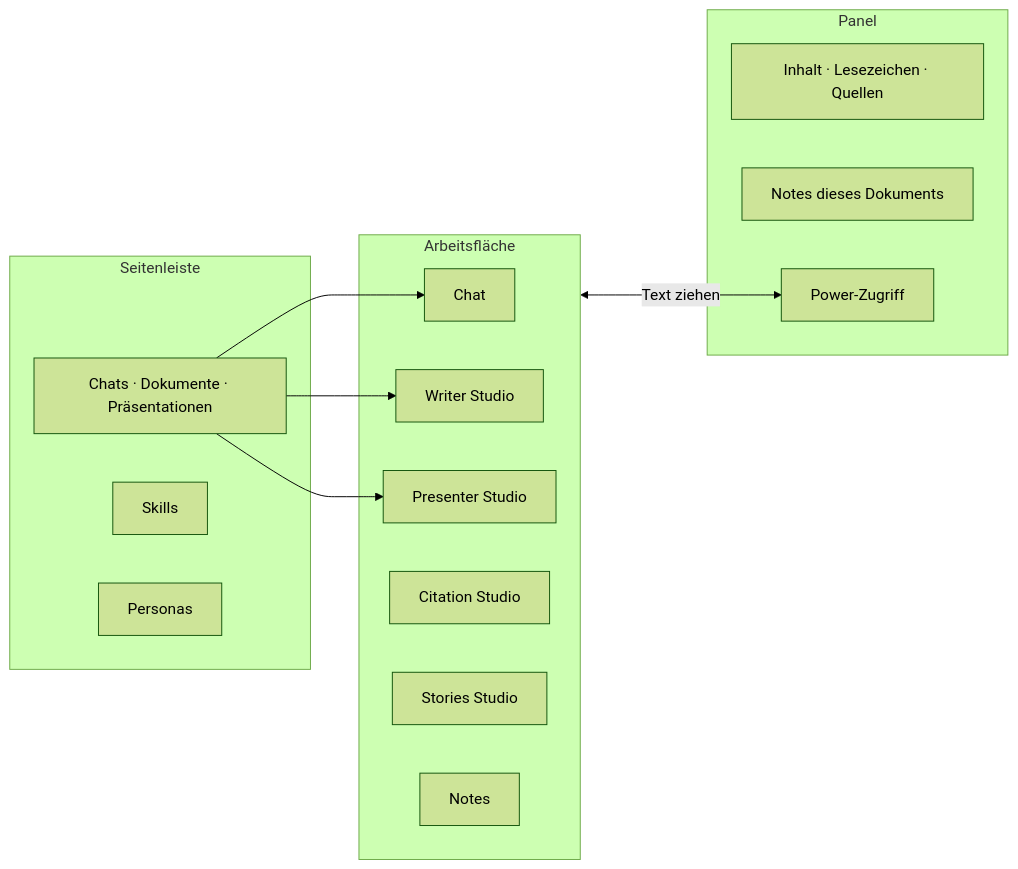
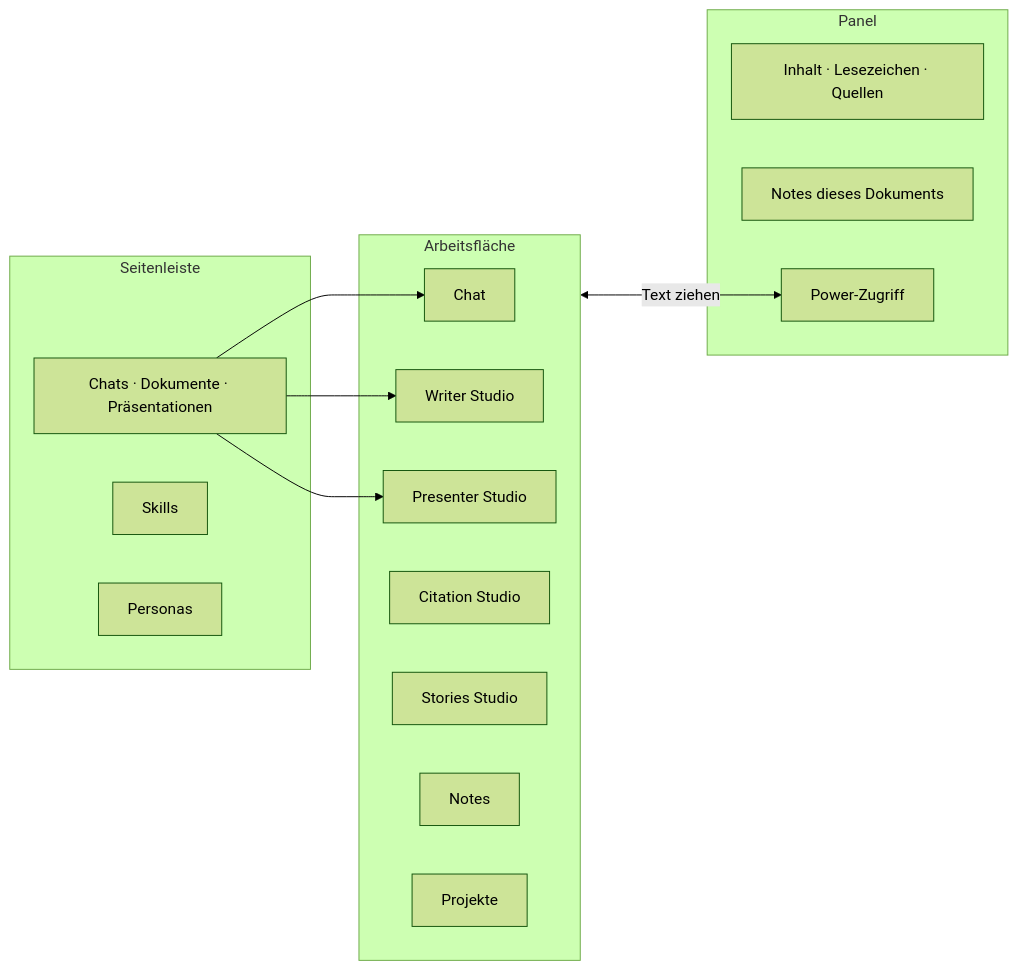
Before and after one commit to AlexEhrenberger/LLMDesigner: the first of 6 diagrams in docs/funktionen.md, drawn with Mermaid (forest theme). The commit also changed other lines of this file and 45 other files, not shown here.

````diff
--- a/docs/funktionen.md
+++ b/docs/funktionen.md
@@ -12,23 +12,24 @@
 ```mermaid
 flowchart LR
     subgraph Links["Seitenleiste"]
         C["Chats · Dokumente · Präsentationen"]
         S["Skills"]
         P["Personas"]
     end
     subgraph Mitte["Arbeitsfläche"]
         CH["Chat"]
         W["Writer Studio"]
         PR["Presenter Studio"]
         CI["Citation Studio"]
         ST["Stories Studio"]
         NO["Notes"]
+        PJ["Projekte"]
     end
     subgraph Rechts["Panel"]
         O["Inhalt · Lesezeichen · Quellen"]
         DN["Notes dieses Dokuments"]
         PW["Power-Zugriff"]
     end
     C --> CH & W & PR
     Mitte <-->|"Text ziehen"| PW
 ```
````
